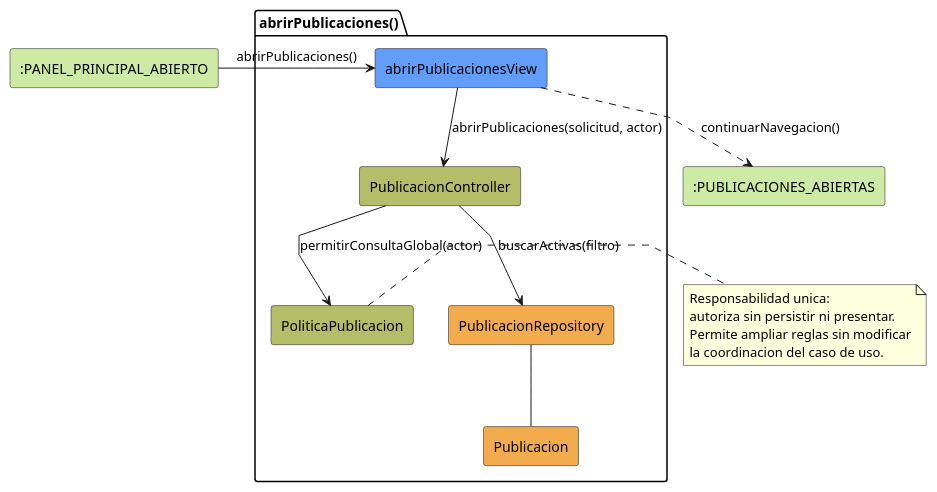
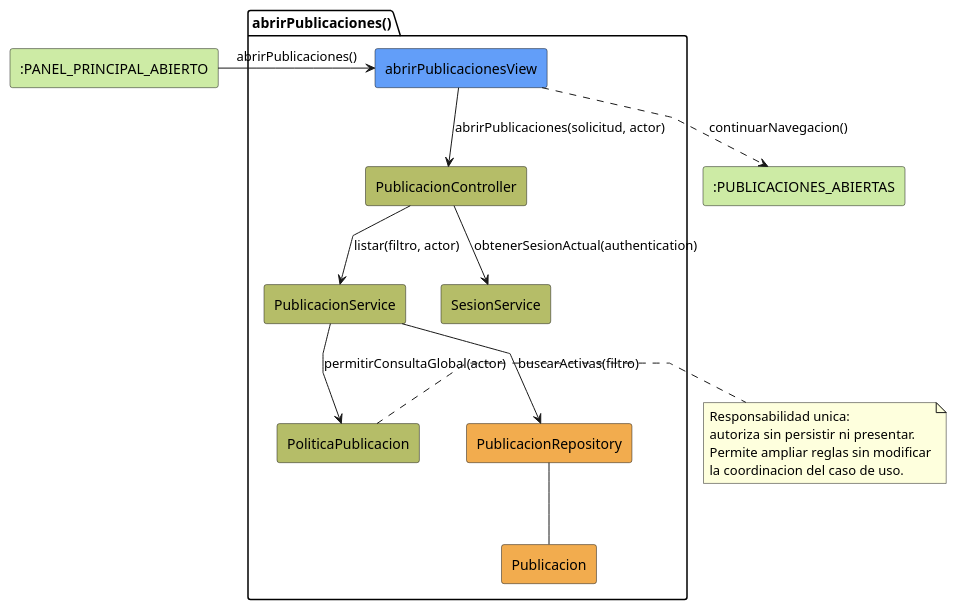
The diagram in RUP/01-analisis/casos-uso/investigador/abrirPublicaciones/colaboracion.puml (beatriizorozco/25-26-idsw2-sdVC), drawn with PlantUML before and after one commit. The commit also changed 71 other files, not shown here.

```diff
--- a/RUP/01-analisis/casos-uso/investigador/abrirPublicaciones/colaboracion.puml
+++ b/RUP/01-analisis/casos-uso/investigador/abrirPublicaciones/colaboracion.puml
@@ -1,30 +1,33 @@
 @startuml abrirPublicaciones-investigador-analisis
 skinparam linetype polyline
 
 rectangle #CDEBA5 ":PANEL_PRINCIPAL_ABIERTO" as EstadoEntrada
 package abrirPublicaciones as "abrirPublicaciones()" {
     rectangle #629EF9 "abrirPublicacionesView" as View
     rectangle #b5bd68 PublicacionController
+    rectangle #b5bd68 PublicacionService
+    rectangle #b5bd68 SesionService
     rectangle #b5bd68 PoliticaPublicacion
     rectangle #F2AC4E PublicacionRepository
     rectangle #F2AC4E Publicacion
 
 }
 rectangle #CDEBA5 ":PUBLICACIONES_ABIERTAS" as EstadoSalida
 
 EstadoEntrada -r-> View: abrirPublicaciones()
 View -d-> PublicacionController: abrirPublicaciones(solicitud, actor)
-
-PublicacionController --> PoliticaPublicacion: permitirConsultaGlobal(actor)
-PublicacionController --> PublicacionRepository: buscarActivas(filtro)
+PublicacionController --> PublicacionService: listar(filtro, actor)
+PublicacionController --> SesionService: obtenerSesionActual(authentication)
+PublicacionService --> PoliticaPublicacion: permitirConsultaGlobal(actor)
+PublicacionService --> PublicacionRepository: buscarActivas(filtro)
 PublicacionRepository -- Publicacion
 
 View ..> EstadoSalida: continuarNavegacion()
 
 note right of PoliticaPublicacion
 Responsabilidad unica:
 autoriza sin persistir ni presentar.
 Permite ampliar reglas sin modificar
 la coordinacion del caso de uso.
 end note
 @enduml
```
